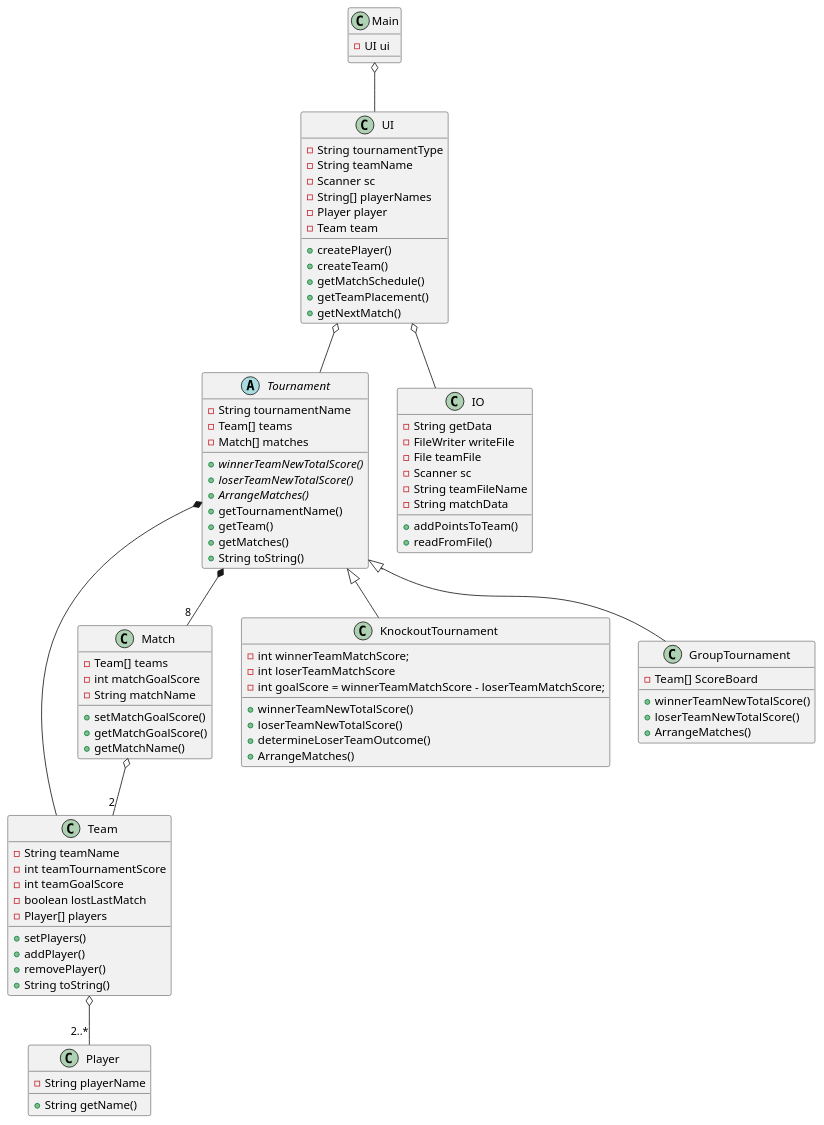
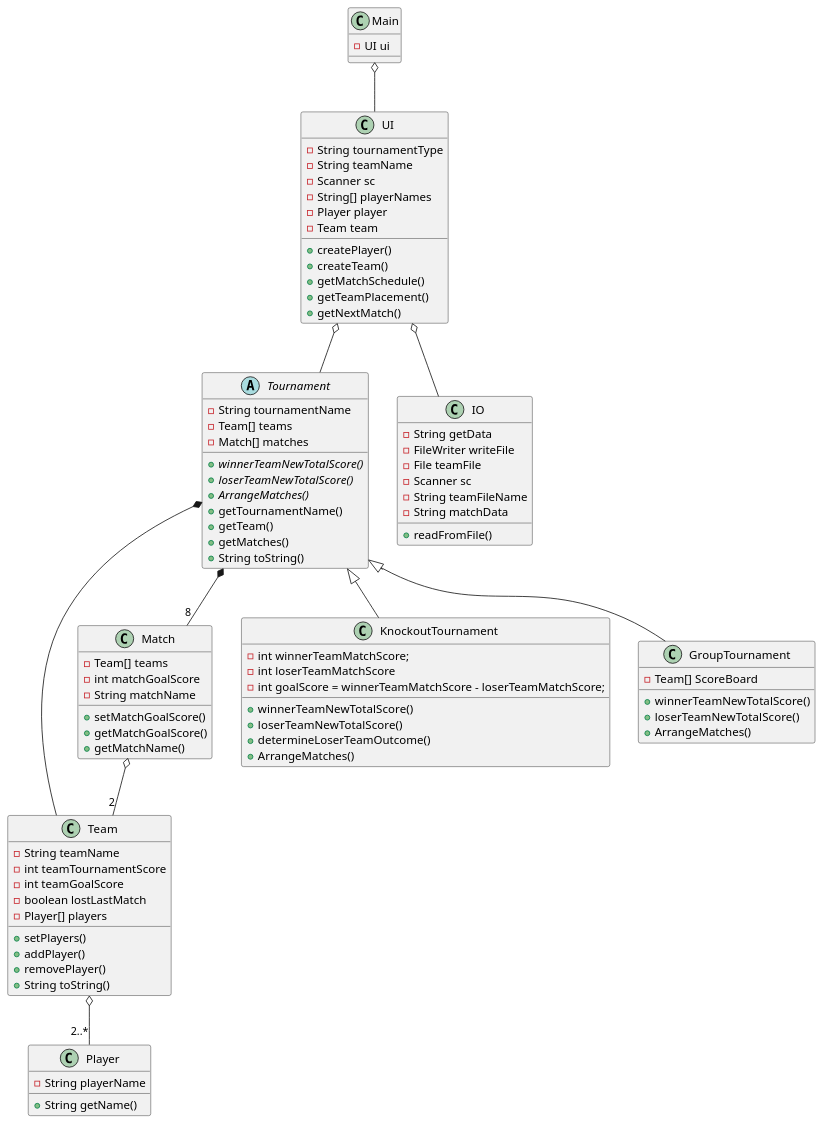
One commit to DeRp-DaWg/SP3 changed the diagram in doc/Class.puml. Above: the diagram before and after it, drawn with PlantUML. The commit also changed 1 other file, not shown here.

```diff
--- a/doc/Class.puml
+++ b/doc/Class.puml
@@ -1,100 +1,98 @@
 @startuml
 'https://plantuml.com/class-diagram
 
 class Main{
 -UI ui
 }
 
 class Player {
 -String playerName
 +String getName()
 }
 
 class Team {
 -String teamName
 -int teamTournamentScore
 -int teamGoalScore
 -boolean lostLastMatch
 -Player[] players
 +setPlayers()
 +addPlayer()
 +removePlayer()
 +String toString()
 }
 
 class Match{
 -Team[] teams
 -int matchGoalScore
 -String matchName
 
 +setMatchGoalScore()
 +getMatchGoalScore()
 +getMatchName()
 }
 
 abstract Tournament {
 -String tournamentName
 -Team[] teams
 -Match[] matches
 +{abstract}winnerTeamNewTotalScore()
 +{abstract}loserTeamNewTotalScore()
 +{abstract}ArrangeMatches()
 +getTournamentName()
 +getTeam()
 +getMatches()
 +String toString()
 }
 
 class KnockoutTournament{
 -int winnerTeamMatchScore;
 -int loserTeamMatchScore
 -int goalScore = winnerTeamMatchScore - loserTeamMatchScore;
 +winnerTeamNewTotalScore()
 +loserTeamNewTotalScore()
 +determineLoserTeamOutcome()
 +ArrangeMatches()
 }
 
 class GroupTournament{
 -Team[] ScoreBoard
 +winnerTeamNewTotalScore()
 +loserTeamNewTotalScore()
 +ArrangeMatches()
 }
 
 class UI {
 -String tournamentType
 -String teamName
 -Scanner sc
 -String[] playerNames
 -Player player
 -Team team
 +createPlayer()
 +createTeam()
 +getMatchSchedule()
 +getTeamPlacement()
 +getNextMatch()
 }
 
 class IO {
 -String getData
 -FileWriter writeFile
 -File teamFile
 -Scanner sc
 -String teamFileName
 -String matchData
-+addPointsToTeam()
 +readFromFile()
 }
-
 
 UI o-- Tournament
 UI o-- IO
 Tournament *-- "8" Match
 Tournament *-- Team
 Match o-- "2" Team
 Team o-- "2..*" Player
 Tournament <|-- KnockoutTournament
 Tournament <|-- GroupTournament
 Main o-- UI
 @enduml
```
